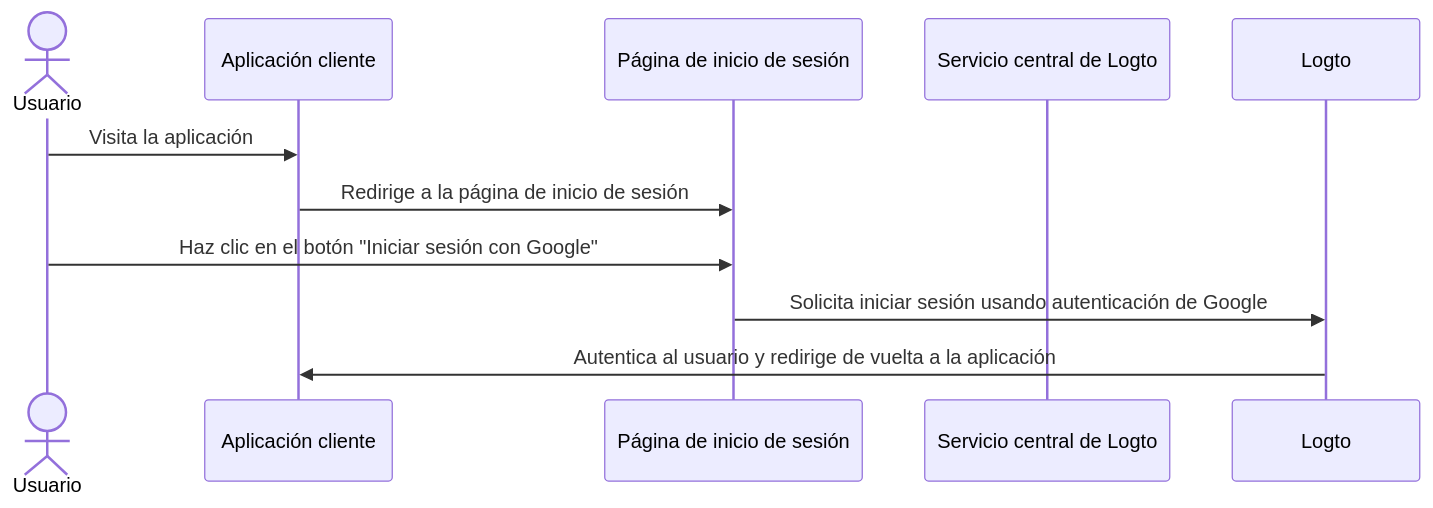
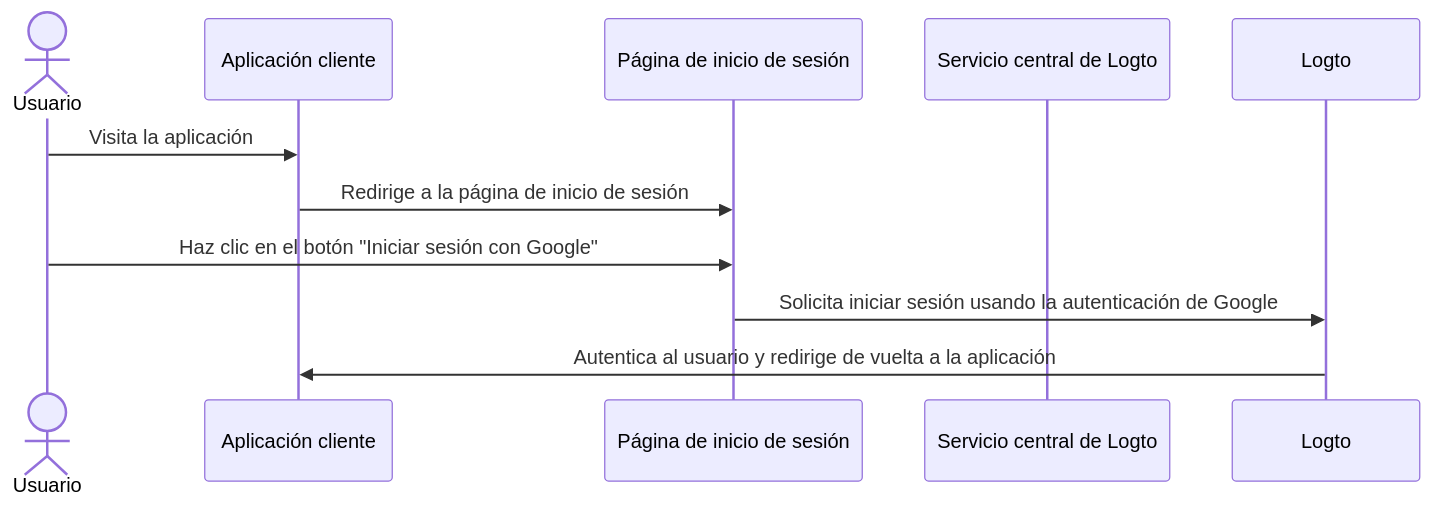
One commit to logto-io/docs changed the sixth of 6 diagrams in i18n/es/docusaurus-plugin-content-docs/current/end-user-flows/sign-up-and-sign-in/social-sign-in.mdx. Above: the diagram before and after it, drawn with Mermaid. The commit also changed other lines of this file and 67 other files, not shown here.

````diff
--- a/i18n/es/docusaurus-plugin-content-docs/current/end-user-flows/sign-up-and-sign-in/social-sign-in.mdx
+++ b/i18n/es/docusaurus-plugin-content-docs/current/end-user-flows/sign-up-and-sign-in/social-sign-in.mdx
@@ -153,13 +180,13 @@
 ```mermaid
 sequenceDiagram
 actor user as Usuario
     participant app as Aplicación cliente
     participant experience as Página de inicio de sesión
     participant logto as Servicio central de Logto
 
     user->>app: Visita la aplicación
     app->>experience: Redirige a la página de inicio de sesión
     user->>experience: Haz clic en el botón "Iniciar sesión con Google"
-    experience->>Logto: Solicita iniciar sesión usando autenticación de Google
+    experience->>Logto: Solicita iniciar sesión usando la autenticación de Google
     Logto->>app: Autentica al usuario y redirige de vuelta a la aplicación
 ```
````
